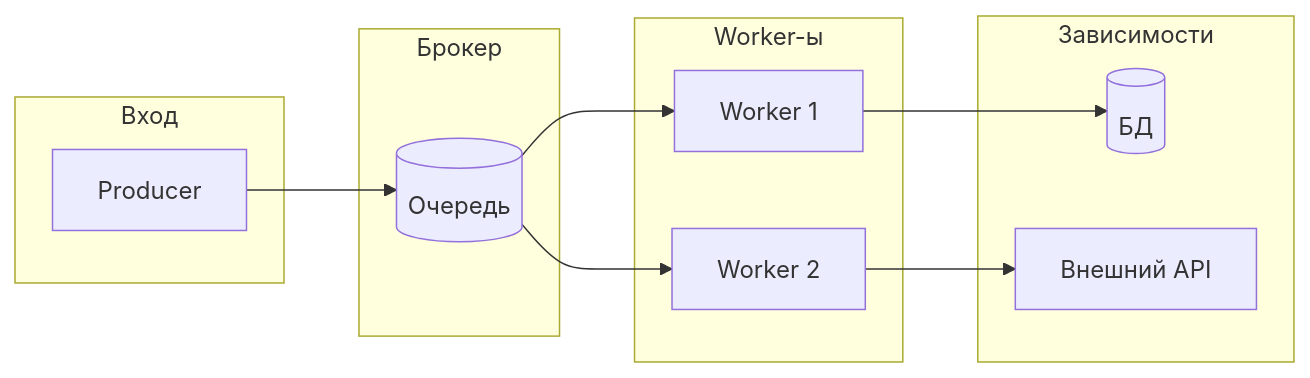
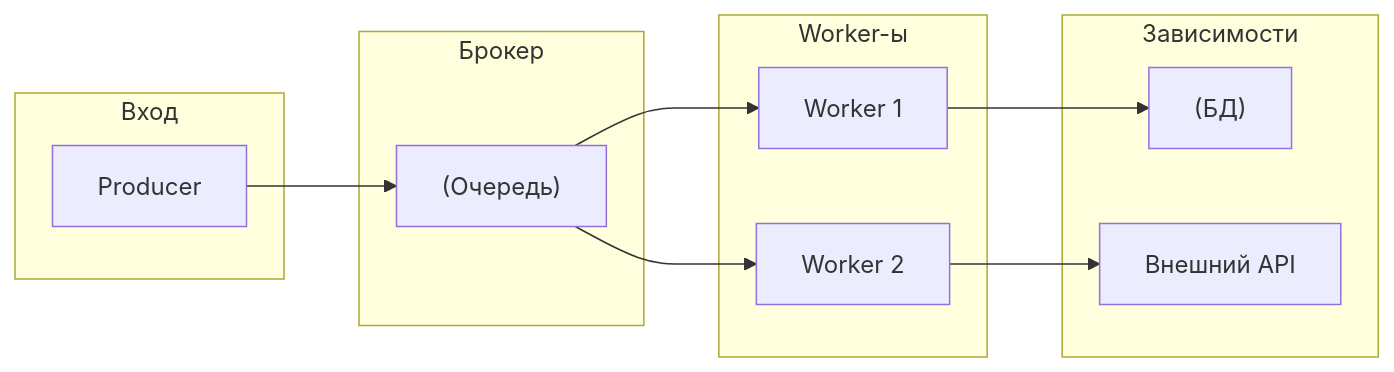
The fourth of 4 diagrams in directions/services/celery/pact/16_proizvoditelnost_throughput_i_masshtabirovanie/10_16_16_1_chto_schitat_proizvoditelnostyu.md (DDoSKudya/ai-study-atlas), drawn with Mermaid before and after one commit. The commit also changed other lines of this file and 322 other files, not shown here.

Commit message:
fix(docs): make mermaid diagrams GitHub-compatible across directions content

````diff
--- a/directions/services/celery/pact/16_proizvoditelnost_throughput_i_masshtabirovanie/10_16_16_1_chto_schitat_proizvoditelnostyu.md
+++ b/directions/services/celery/pact/16_proizvoditelnost_throughput_i_masshtabirovanie/10_16_16_1_chto_schitat_proizvoditelnostyu.md
@@ -191,22 +191,22 @@
 ```mermaid
 flowchart LR
   subgraph ingress["Вход"]
-    P[Producer]
+    P["Producer"]
   end
   subgraph broker["Брокер"]
-    Q[(Очередь)]
+    Q["(Очередь)"]
   end
   subgraph workers["Worker-ы"]
-    W1[Worker 1]
-    W2[Worker 2]
+    W1["Worker 1"]
+    W2["Worker 2"]
   end
   subgraph down["Зависимости"]
-    DB[(БД)]
-    API[Внешний API]
+    DB["(БД)"]
+    API["Внешний API"]
   end
   P --> Q
   Q --> W1
   Q --> W2
   W1 --> DB
   W2 --> API
 ```
````
